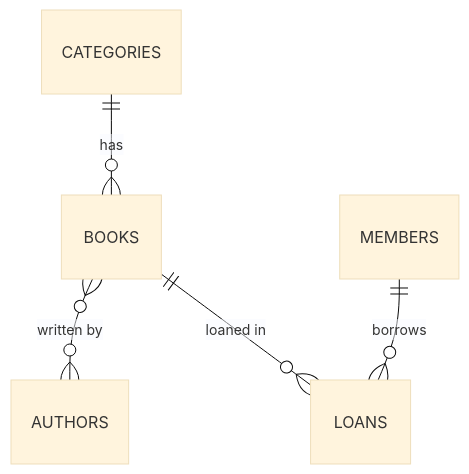
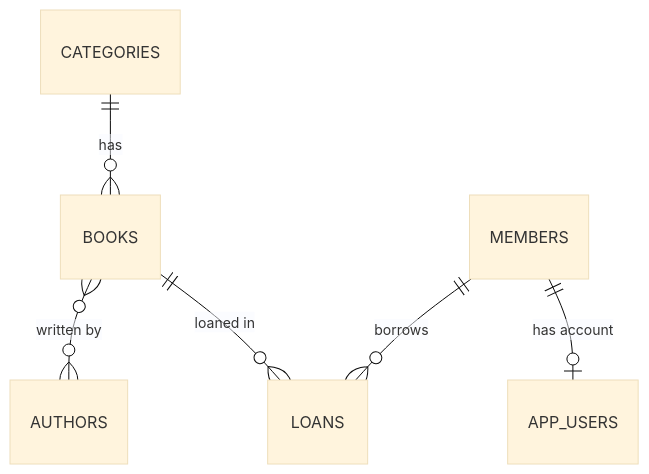
Before and after one commit to BagasVan0/perpustakaan-api: the diagram in README.md, drawn with Mermaid (base theme). The commit also changed other lines of this file and 6 other files, not shown here.

````diff
--- a/README.md
+++ b/README.md
@@ -17,7 +21,8 @@
 ```mermaid
 erDiagram
     CATEGORIES ||--o{ BOOKS : has
     BOOKS }o--o{ AUTHORS : "written by"
     MEMBERS ||--o{ LOANS : borrows
     BOOKS ||--o{ LOANS : "loaned in"
+    MEMBERS ||--o| APP_USERS : "has account"
 ```
````
